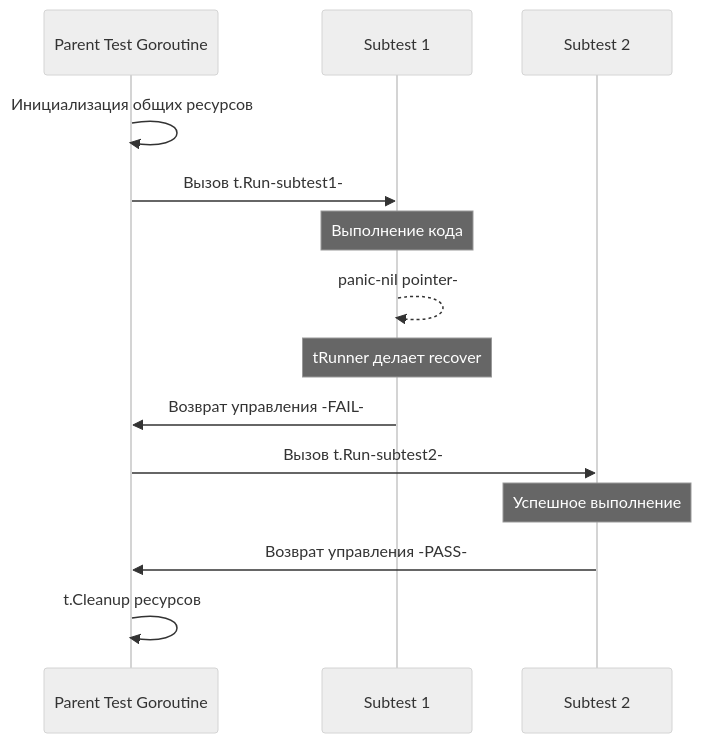
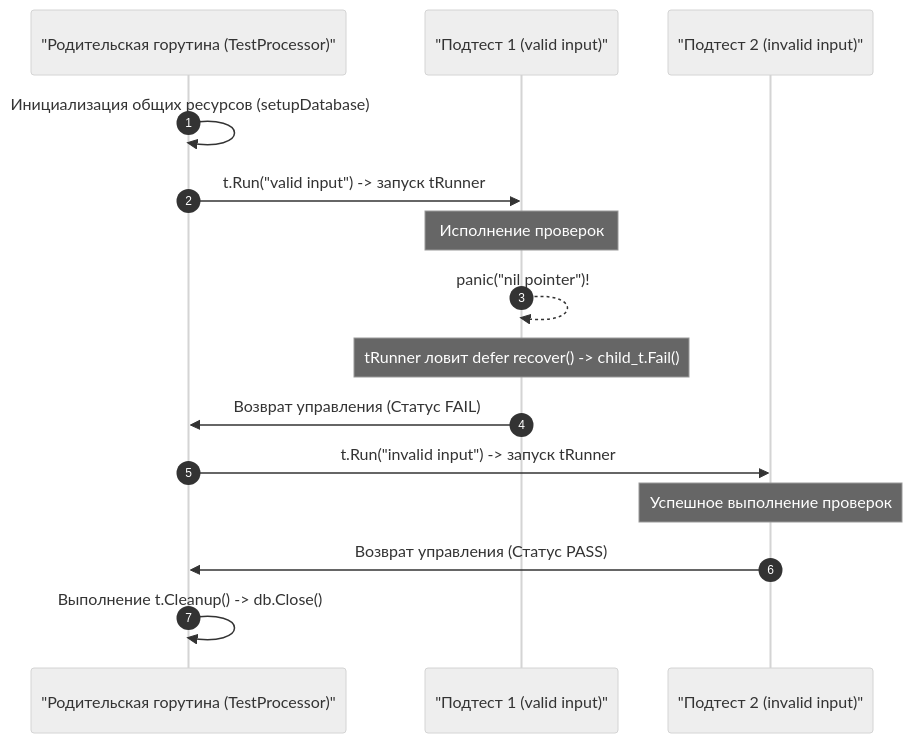
The diagram in sources/15. Тестирование в Go (QA & Testing)/02. testing пакет/5. Subtests и t.Run.md (UnrealTemplier/go-textbook), drawn with Mermaid (neutral theme) before and after one commit. The commit also changed other lines of this file, not shown here.

Commit message:
feat(module-15): editorial rewrite of lecture 5 (Subtests и t.Run) in Subsection 2 in Kernighan style

````diff
--- a/sources/15. Тестирование в Go (QA & Testing)/02. testing пакет/5. Subtests и t.Run.md
+++ b/sources/15. Тестирование в Go (QA & Testing)/02. testing пакет/5. Subtests и t.Run.md
@@ -47,17 +56,18 @@
 ```mermaid
 sequenceDiagram
-    participant Main as Parent Test Goroutine
-    participant Sub1 as Subtest 1
-    participant Sub2 as Subtest 2
+    autonumber
+    participant Main as "Родительская горутина (TestProcessor)"
+    participant Sub1 as "Подтест 1 (valid input)"
+    participant Sub2 as "Подтест 2 (invalid input)"
 
-    Main->>Main: Инициализация общих ресурсов
-    Main->>Sub1: Вызов t.Run-subtest1-
-    Note over Sub1: Выполнение кода
-    Sub1-->>Sub1: panic-nil pointer-
-    Note over Sub1: tRunner делает recover
-    Sub1->>Main: Возврат управления -FAIL-
-    Main->>Sub2: Вызов t.Run-subtest2-
-    Note over Sub2: Успешное выполнение
-    Sub2->>Main: Возврат управления -PASS-
-    Main->>Main: t.Cleanup ресурсов
+    Main->>Main: Инициализация общих ресурсов (setupDatabase)
+    Main->>Sub1: t.Run("valid input") -> запуск tRunner
+    Note over Sub1: Исполнение проверок
+    Sub1-->>Sub1: panic("nil pointer")!
+    Note over Sub1: tRunner ловит defer recover() -> child_t.Fail()
+    Sub1->>Main: Возврат управления (Статус FAIL)
+    Main->>Sub2: t.Run("invalid input") -> запуск tRunner
+    Note over Sub2: Успешное выполнение проверок
+    Sub2->>Main: Возврат управления (Статус PASS)
+    Main->>Main: Выполнение t.Cleanup() -> db.Close()
 ```
````
